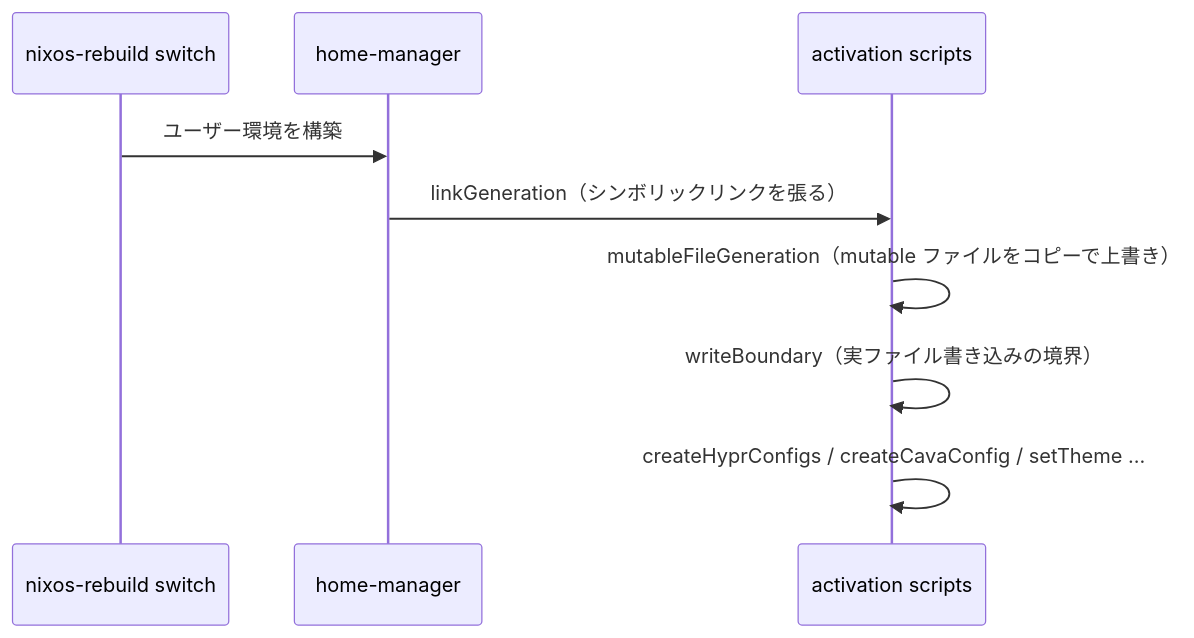
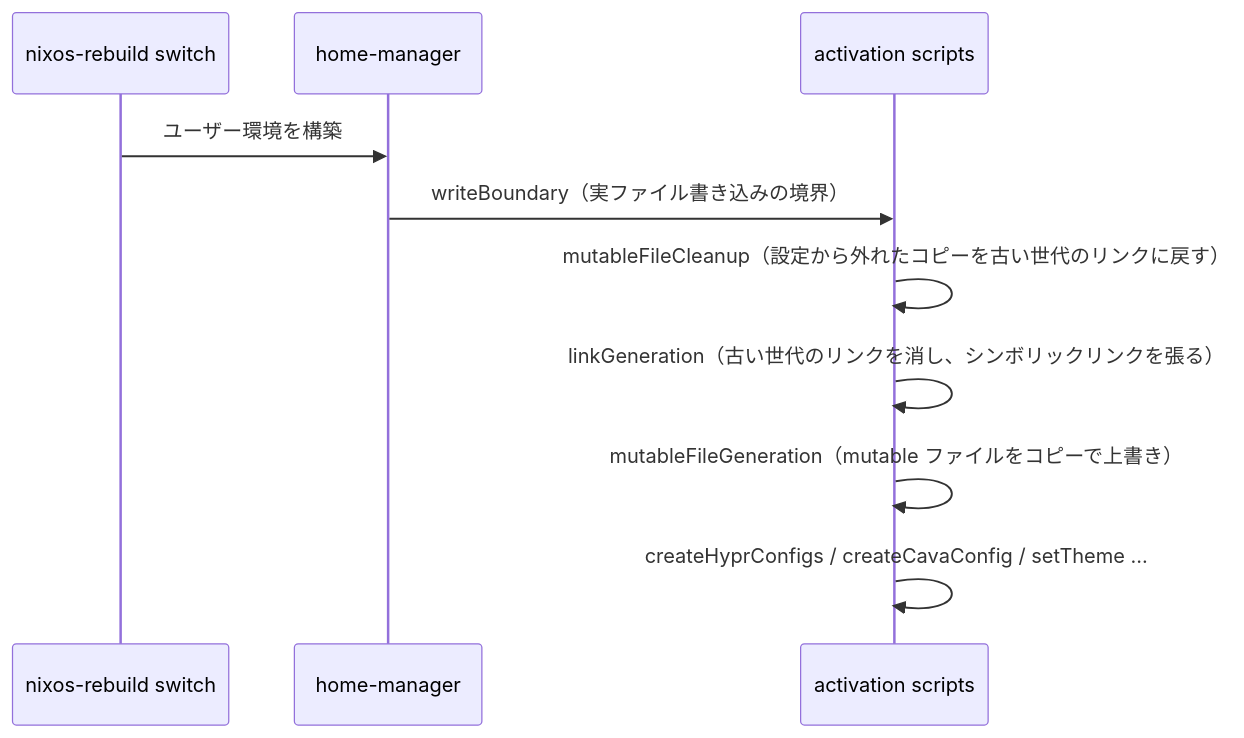
Before and after one commit to santamn/hydenix: the third of 3 diagrams in docs-ja/01-architecture.md, drawn with Mermaid. The commit also changed other lines of this file and 11 other files, not shown here.

````diff
--- a/docs-ja/01-architecture.md
+++ b/docs-ja/01-architecture.md
@@ -93,12 +92,13 @@
 ```mermaid
 sequenceDiagram
     participant R as nixos-rebuild switch
     participant HMG as home-manager
     participant AS as activation scripts
 
     R->>HMG: ユーザー環境を構築
-    HMG->>AS: linkGeneration（シンボリックリンクを張る）
+    HMG->>AS: writeBoundary（実ファイル書き込みの境界）
+    AS->>AS: mutableFileCleanup（設定から外れたコピーを古い世代のリンクに戻す）
+    AS->>AS: linkGeneration（古い世代のリンクを消し、シンボリックリンクを張る）
     AS->>AS: mutableFileGeneration（mutable ファイルをコピーで上書き）
-    AS->>AS: writeBoundary（実ファイル書き込みの境界）
     AS->>AS: createHyprConfigs / createCavaConfig / setTheme ...
 ```
````
